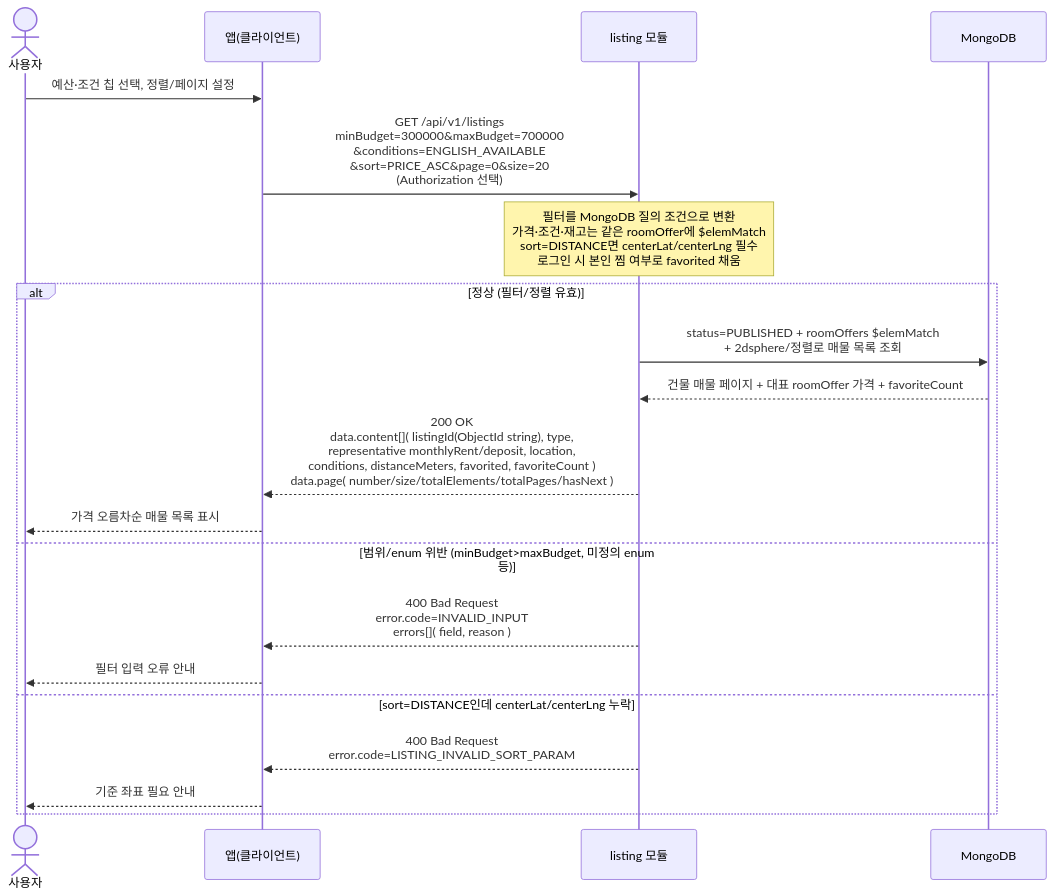
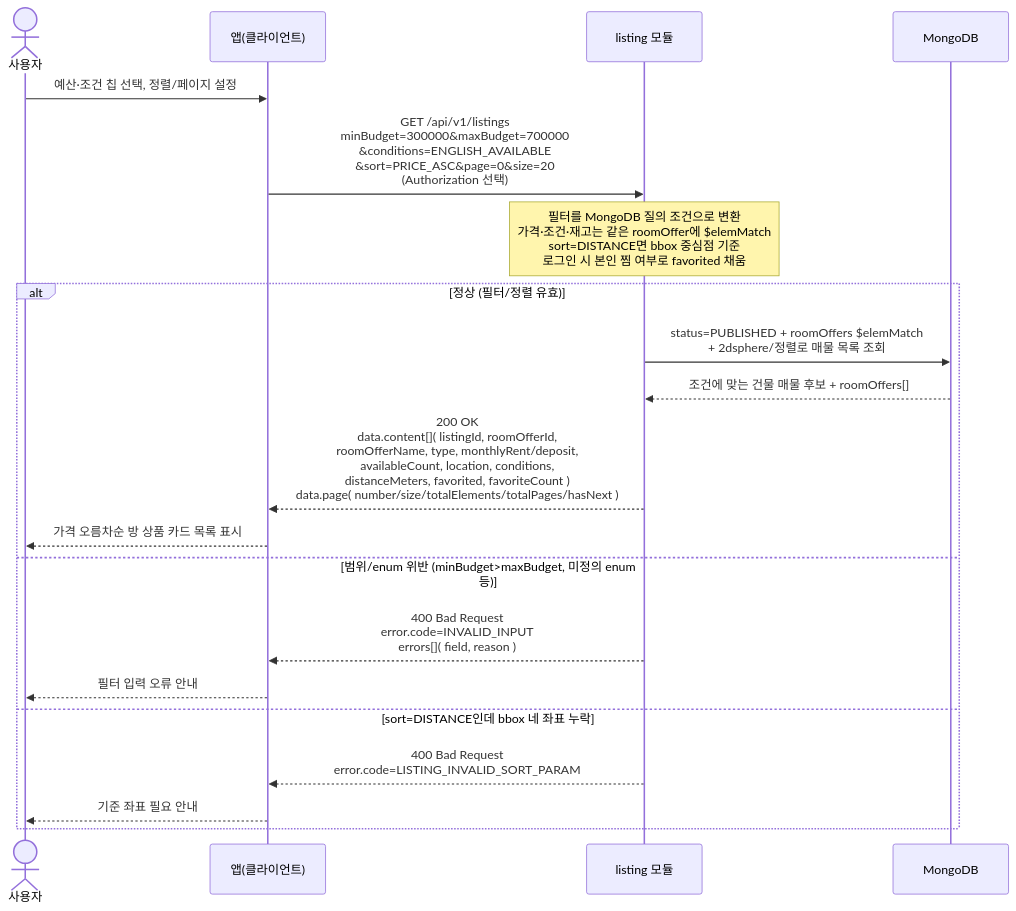
Before and after one commit to jameskim9509/Kohere-backend: the diagram in docs/architecture/sequence-diagrams/03-listings-favorites/us-3-1-listing-list-explore.md, drawn with Mermaid. The commit also changed other lines of this file and 13 other files, not shown here.

Commit message:
feat: return listing results by room offer (#72)

````diff
--- a/docs/architecture/sequence-diagrams/03-listings-favorites/us-3-1-listing-list-explore.md
+++ b/docs/architecture/sequence-diagrams/03-listings-favorites/us-3-1-listing-list-explore.md
@@ -5,23 +5,23 @@
 ```mermaid
 sequenceDiagram
     actor U as 사용자
     participant C as 앱(클라이언트)
     participant LIST as listing 모듈
     participant DB as MongoDB
 
     U->>C: 예산·조건 칩 선택, 정렬/페이지 설정
     C->>LIST: GET /api/v1/listings<br/>minBudget=300000&maxBudget=700000<br/>&conditions=ENGLISH_AVAILABLE<br/>&sort=PRICE_ASC&page=0&size=20<br/>(Authorization 선택)
-    Note over LIST: 필터를 MongoDB 질의 조건으로 변환<br/>가격·조건·재고는 같은 roomOffer에 $elemMatch<br/>sort=DISTANCE면 centerLat/centerLng 필수<br/>로그인 시 본인 찜 여부로 favorited 채움
+    Note over LIST: 필터를 MongoDB 질의 조건으로 변환<br/>가격·조건·재고는 같은 roomOffer에 $elemMatch<br/>sort=DISTANCE면 bbox 중심점 기준<br/>로그인 시 본인 찜 여부로 favorited 채움
     alt 정상 (필터/정렬 유효)
         LIST->>DB: status=PUBLISHED + roomOffers $elemMatch<br/>+ 2dsphere/정렬로 매물 목록 조회
-        DB-->>LIST: 건물 매물 페이지 + 대표 roomOffer 가격 + favoriteCount
-        LIST-->>C: 200 OK<br/>data.content[]( listingId(ObjectId string), type,<br/>representative monthlyRent/deposit, location,<br/>conditions, distanceMeters, favorited, favoriteCount )<br/>data.page( number/size/totalElements/totalPages/hasNext )
-        C-->>U: 가격 오름차순 매물 목록 표시
+        DB-->>LIST: 조건에 맞는 건물 매물 후보 + roomOffers[]
+        LIST-->>C: 200 OK<br/>data.content[]( listingId, roomOfferId,<br/>roomOfferName, type, monthlyRent/deposit,<br/>availableCount, location, conditions,<br/>distanceMeters, favorited, favoriteCount )<br/>data.page( number/size/totalElements/totalPages/hasNext )
+        C-->>U: 가격 오름차순 방 상품 카드 목록 표시
     else 범위/enum 위반 (minBudget>maxBudget, 미정의 enum 등)
         LIST-->>C: 400 Bad Request<br/>error.code=INVALID_INPUT<br/>errors[]( field, reason )
         C-->>U: 필터 입력 오류 안내
-    else sort=DISTANCE인데 centerLat/centerLng 누락
+    else sort=DISTANCE인데 bbox 네 좌표 누락
         LIST-->>C: 400 Bad Request<br/>error.code=LISTING_INVALID_SORT_PARAM
         C-->>U: 기준 좌표 필요 안내
     end
 ```
````
